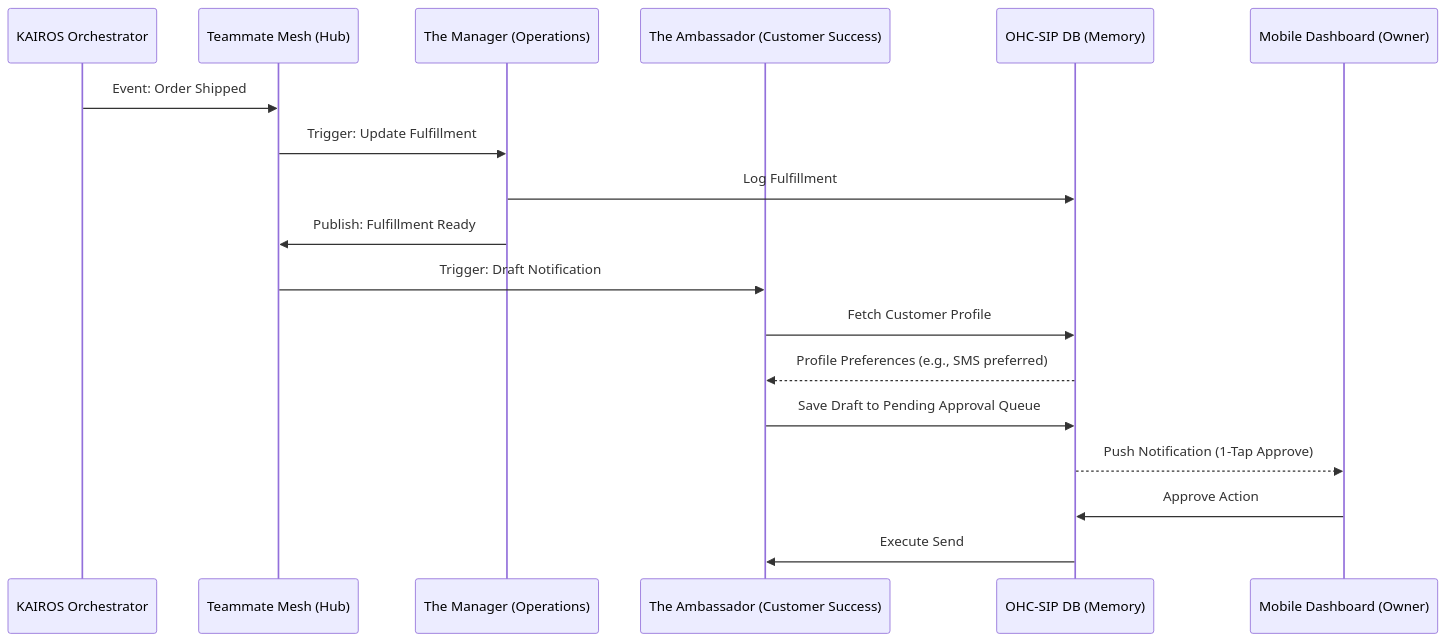
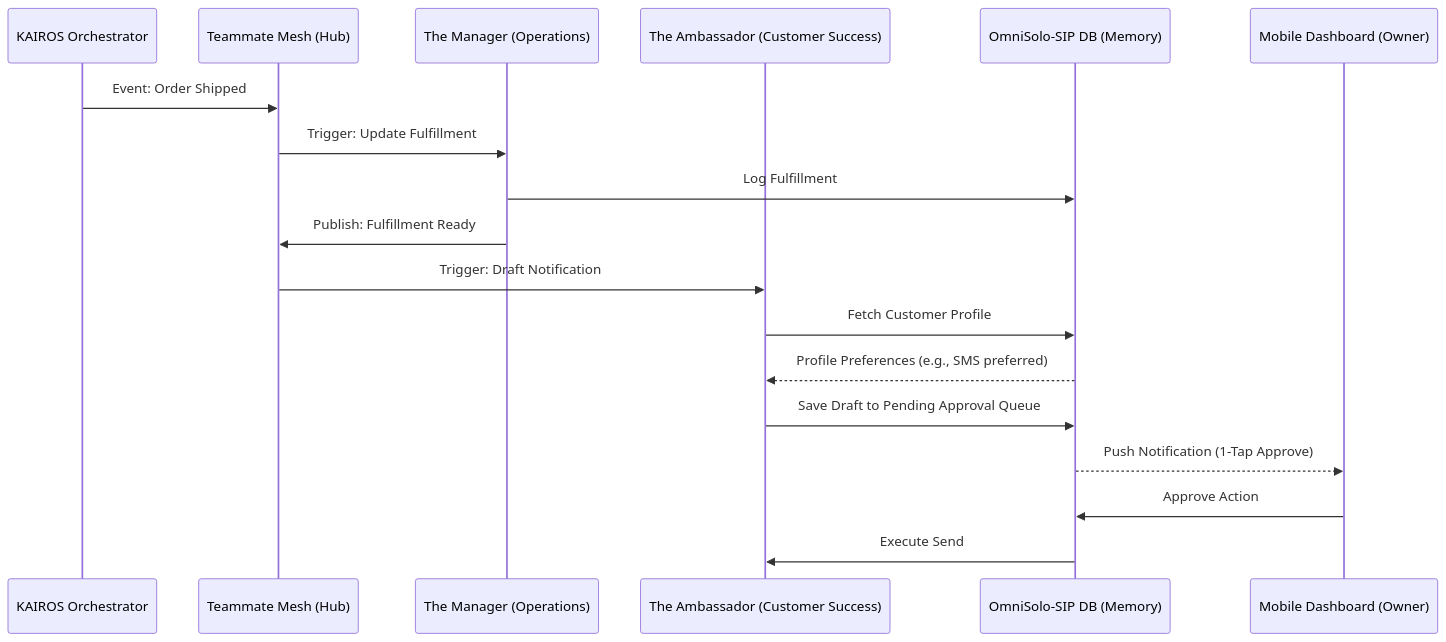
One commit to omnisolo-llc/onehumancorp changed the diagram in docs/research/[architecture]_ai_agent_departments.md. Above: the diagram before and after it, drawn with Mermaid. The commit also changed other lines of this file and 2191 other files, not shown here.

Commit message:
feat: complete OmniSolo rename and browser audit

````diff
--- a/docs/research/[architecture]_ai_agent_departments.md
+++ b/docs/research/[architecture]_ai_agent_departments.md
@@ -31,21 +31,21 @@
 ```mermaid
 sequenceDiagram
     participant O as KAIROS Orchestrator
     participant Hub as Teammate Mesh (Hub)
     participant Op as The Manager (Operations)
     participant CS as The Ambassador (Customer Success)
-    participant DB as OHC-SIP DB (Memory)
+    participant DB as OmniSolo-SIP DB (Memory)
     participant User as Mobile Dashboard (Owner)
 
     O->>Hub: Event: Order Shipped
     Hub->>Op: Trigger: Update Fulfillment
     Op->>DB: Log Fulfillment
     Op->>Hub: Publish: Fulfillment Ready
     Hub->>CS: Trigger: Draft Notification
     CS->>DB: Fetch Customer Profile
     DB-->>CS: Profile Preferences (e.g., SMS preferred)
     CS->>DB: Save Draft to Pending Approval Queue
     DB-->>User: Push Notification (1-Tap Approve)
     User->>DB: Approve Action
     DB->>CS: Execute Send
 ```
````
